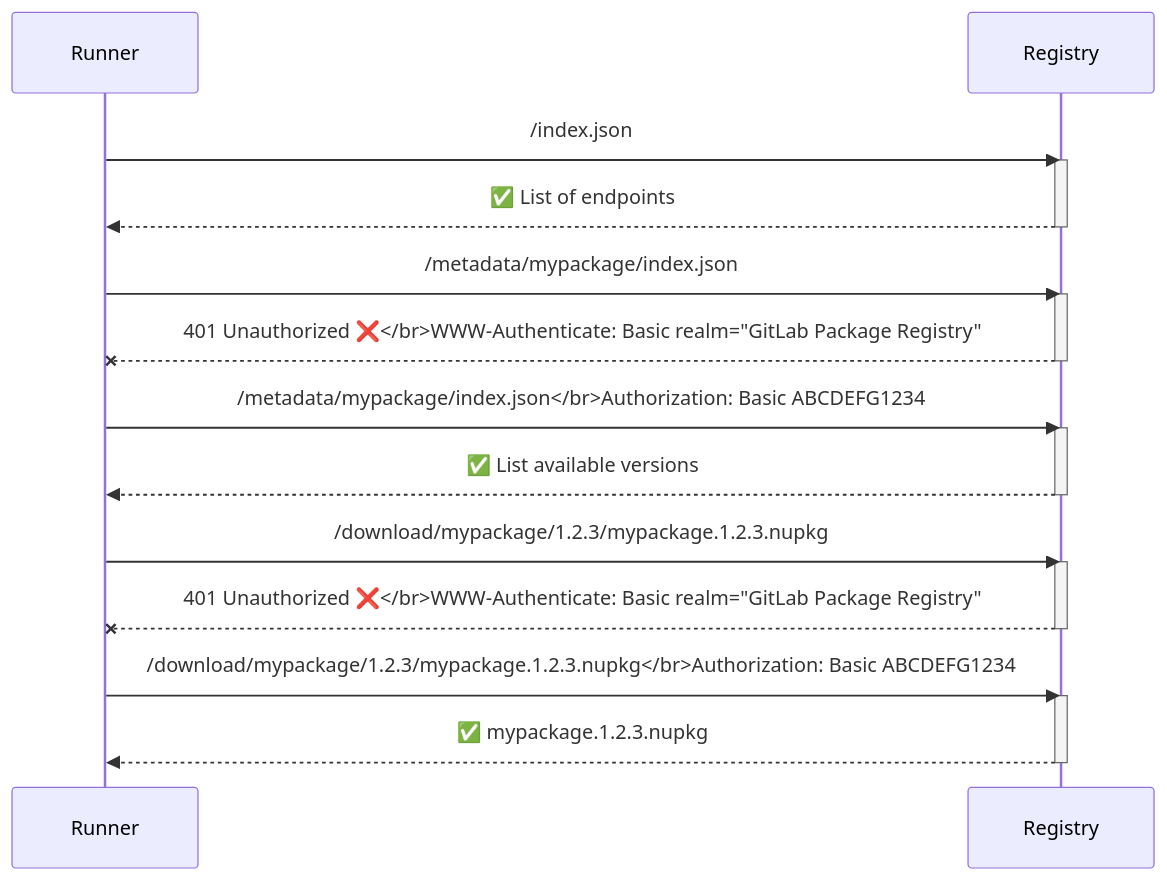
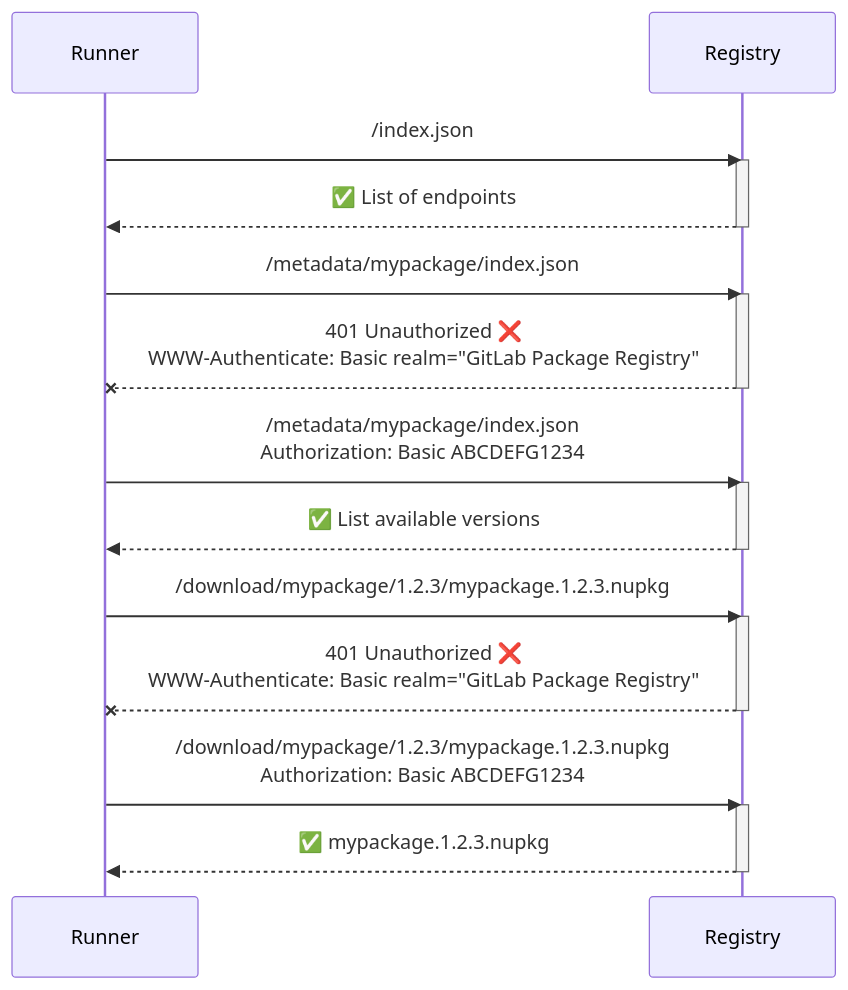
The first of 6 diagrams in content/articles/nuget-caching/index.md (ogxd/ogxd.github.io), drawn with Mermaid before and after one commit. The commit also changed other lines of this file, not shown here.

```diff
--- a/content/articles/nuget-caching/index.md
+++ b/content/articles/nuget-caching/index.md
@@ -54,27 +54,27 @@
 {{<mermaid>}}
 sequenceDiagram
     Runner->>Registry: /index.json
     activate Registry
     Registry-->>Runner: ✅ List of endpoints
     deactivate Registry
 
     Runner->>Registry: /metadata/mypackage/index.json
     activate Registry
-    Registry--xRunner: 401 Unauthorized ❌</br>WWW-Authenticate: Basic realm="GitLab Package Registry"
+    Registry--xRunner: 401 Unauthorized ❌<br/>WWW-Authenticate: Basic realm="GitLab Package Registry"
     deactivate Registry
 
-    Runner->>Registry: /metadata/mypackage/index.json</br>Authorization: Basic ABCDEFG1234
+    Runner->>Registry: /metadata/mypackage/index.json<br/>Authorization: Basic ABCDEFG1234
     activate Registry
     Registry-->>Runner: ✅ List available versions
     deactivate Registry
 
     Runner->>Registry: /download/mypackage/1.2.3/mypackage.1.2.3.nupkg
     activate Registry
-    Registry--xRunner: 401 Unauthorized ❌</br>WWW-Authenticate: Basic realm="GitLab Package Registry"
+    Registry--xRunner: 401 Unauthorized ❌<br/>WWW-Authenticate: Basic realm="GitLab Package Registry"
     deactivate Registry
 
-    Runner->>Registry: /download/mypackage/1.2.3/mypackage.1.2.3.nupkg</br>Authorization: Basic ABCDEFG1234
+    Runner->>Registry: /download/mypackage/1.2.3/mypackage.1.2.3.nupkg<br/>Authorization: Basic ABCDEFG1234
     activate Registry
     Registry-->>Runner: ✅ mypackage.1.2.3.nupkg
     deactivate Registry
 {{</mermaid>}}
```
